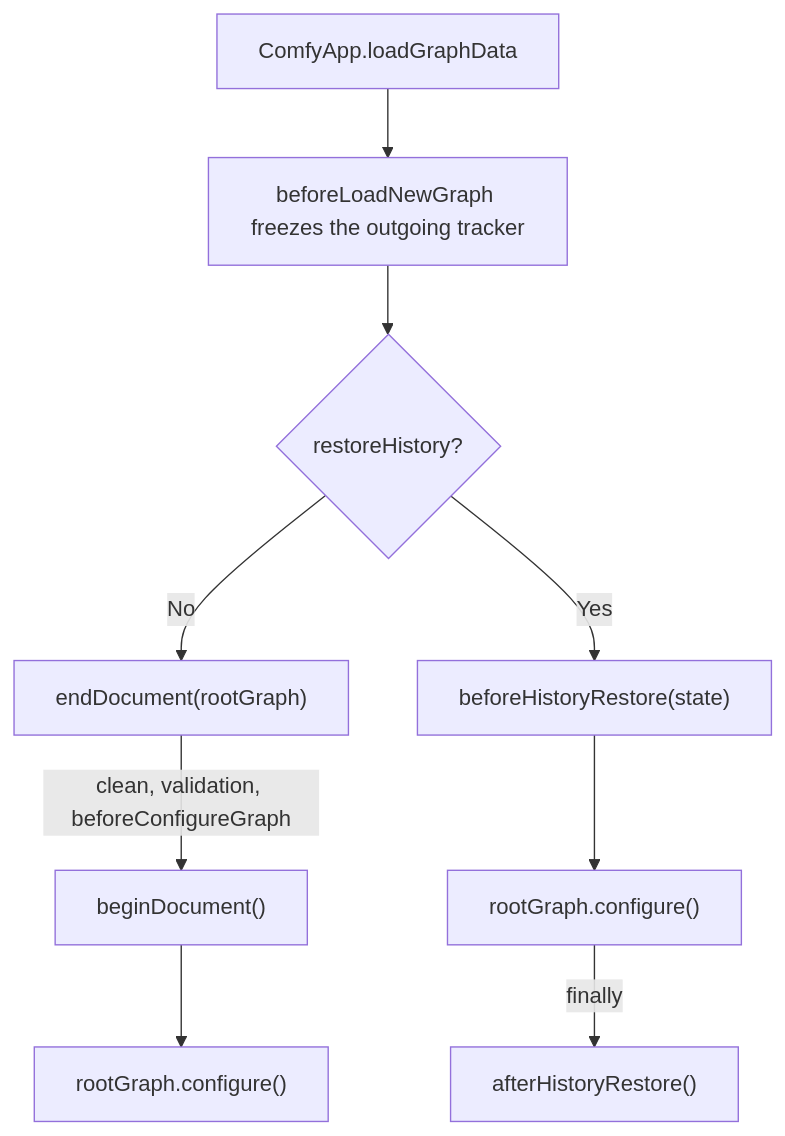
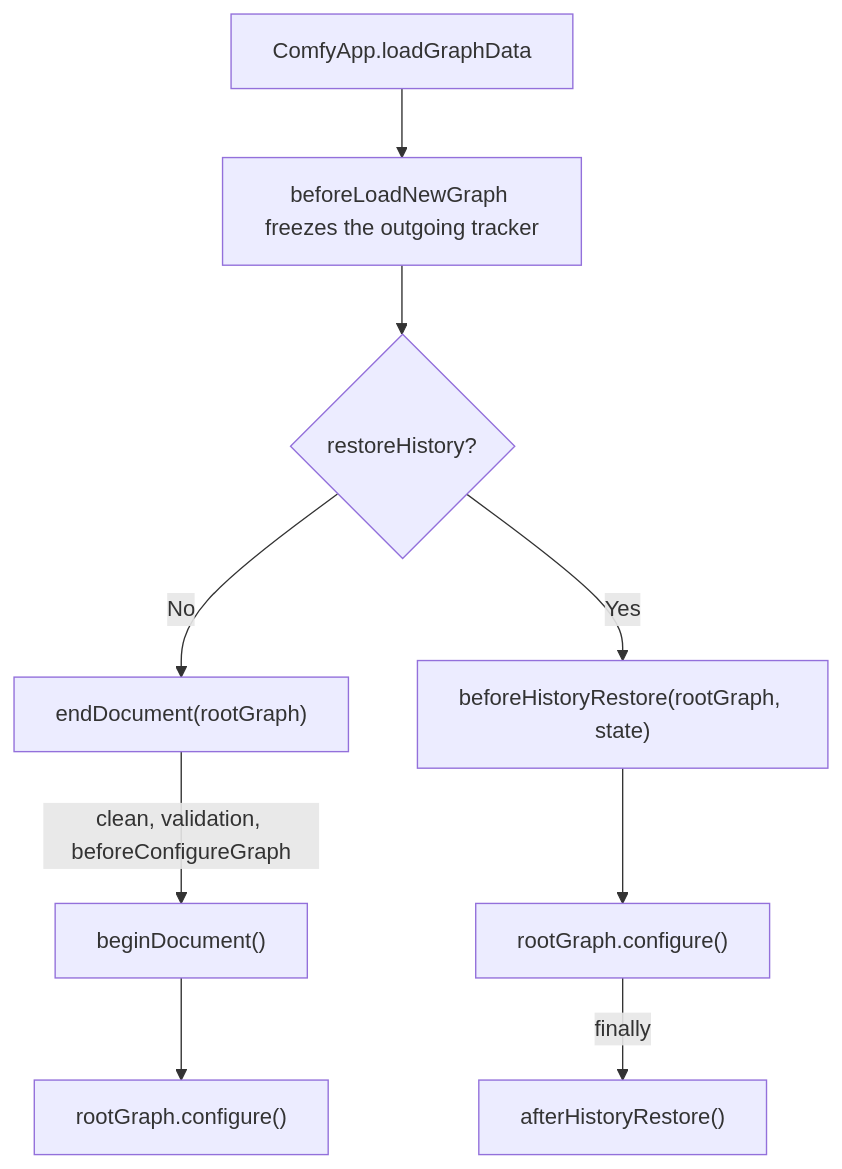
Before and after one commit to Comfy-Org/ComfyUI_frontend: the diagram in docs/adr/EXTENSIONS-NODE-API-0070-versioned-node-api-with-document-scoped-handles.md, drawn with Mermaid. The commit also changed other lines of this file and 2 other files, not shown here.

First line of the commit message:
docs(nodeApi): bring ADRs 0070, 0071 and 0073 up to the pack identity, history, readiness and published-module fixes

````diff
--- a/docs/adr/EXTENSIONS-NODE-API-0070-versioned-node-api-with-document-scoped-handles.md
+++ b/docs/adr/EXTENSIONS-NODE-API-0070-versioned-node-api-with-document-scoped-handles.md
@@ -137,11 +146,11 @@
     ```mermaid
     flowchart TB
         load["ComfyApp.loadGraphData"] --> freeze["beforeLoadNewGraph freezes the outgoing tracker"]
         freeze --> flag{"restoreHistory?"}
         flag -->|No| ended["endDocument(rootGraph)"]
         ended -->|"clean, validation, beforeConfigureGraph"| begin["beginDocument()"]
         begin --> replace["rootGraph.configure()"]
-        flag -->|Yes| aside["beforeHistoryRestore(state)"]
+        flag -->|Yes| aside["beforeHistoryRestore(rootGraph, state)"]
         aside --> restore["rootGraph.configure()"]
         restore -->|finally| retire["afterHistoryRestore()"]
     ```
````
